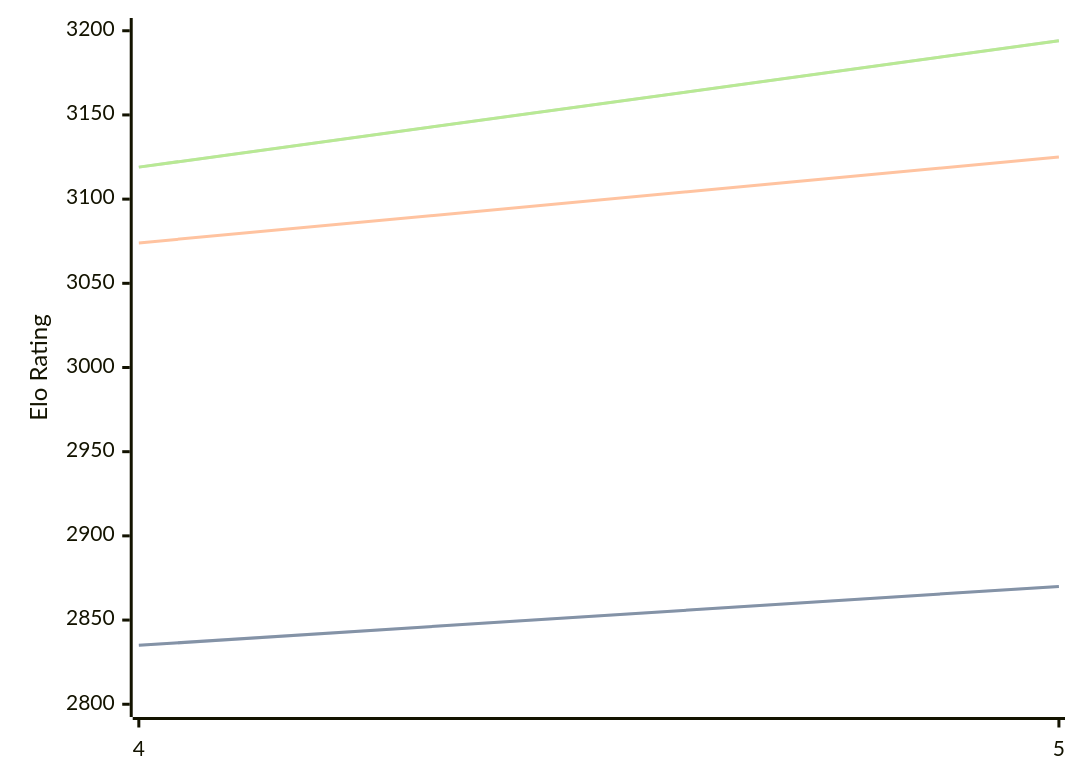
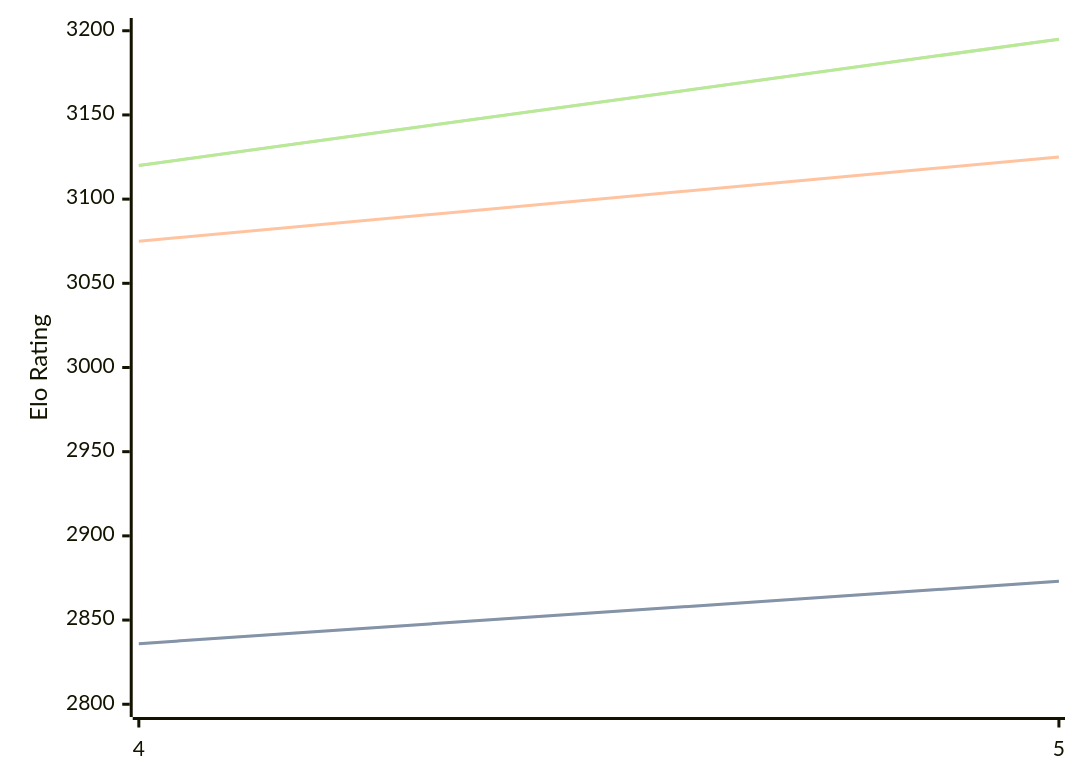
The third of 3 diagrams in engines/Cwtch.md (computer-chess-index/cci), drawn with Mermaid before and after one commit. The commit also changed other lines of this file, not shown here.

Commit message:
Update CCI Ratings (ELO VLTC) - 2026-06-30

````diff
--- a/engines/Cwtch.md
+++ b/engines/Cwtch.md
@@ -67,11 +67,11 @@
 ```mermaid
 %%{init: {"theme":"base","themeVariables":{"seriesColors:['#a3a3a3','#222221','#faa371']}}}%%
 xychart-beta
   x-axis ["4", "5"]
   y-axis "Elo Rating" 2800 --> 3200
-  line "STC (8.0+0.08s)" [2835, 2870]
-  line "STC (8.0+0.08s)" [2835, 2870]
-  line "LTC (60.0+0.60s)" [3074, 3125]
-  line "VLTC (2m24s+1.12s)" [3119, 3194]
-  line "VLTC (2m24s+1.12s)" [3119, 3194]
+  line "STC (8.0+0.08s)" [2836, 2873]
+  line "STC (8.0+0.08s)" [2836, 2873]
+  line "LTC (60.0+0.60s)" [3075, 3125]
+  line "VLTC (2m24s+1.12s)" [3120, 3195]
+  line "VLTC (2m24s+1.12s)" [3120, 3195]
 ```
````
